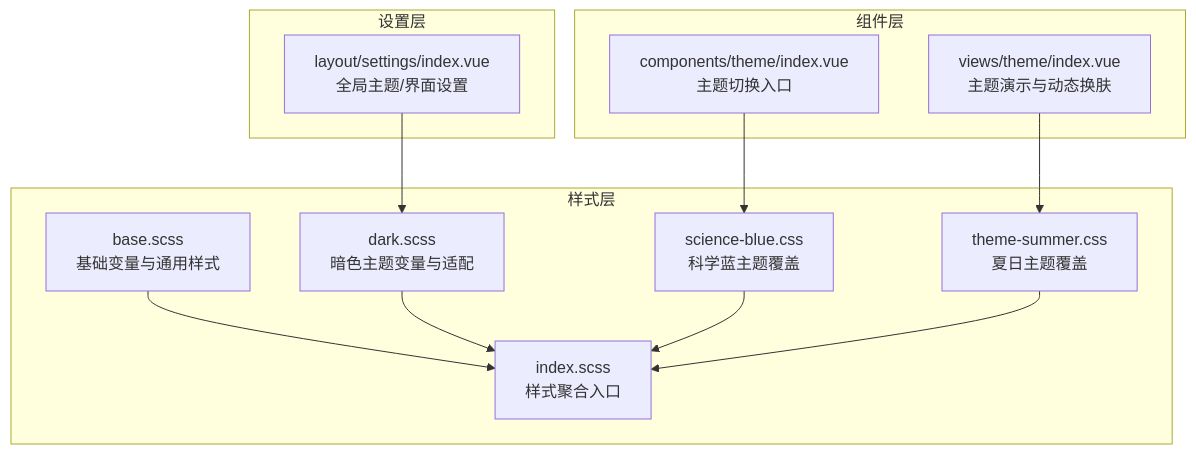
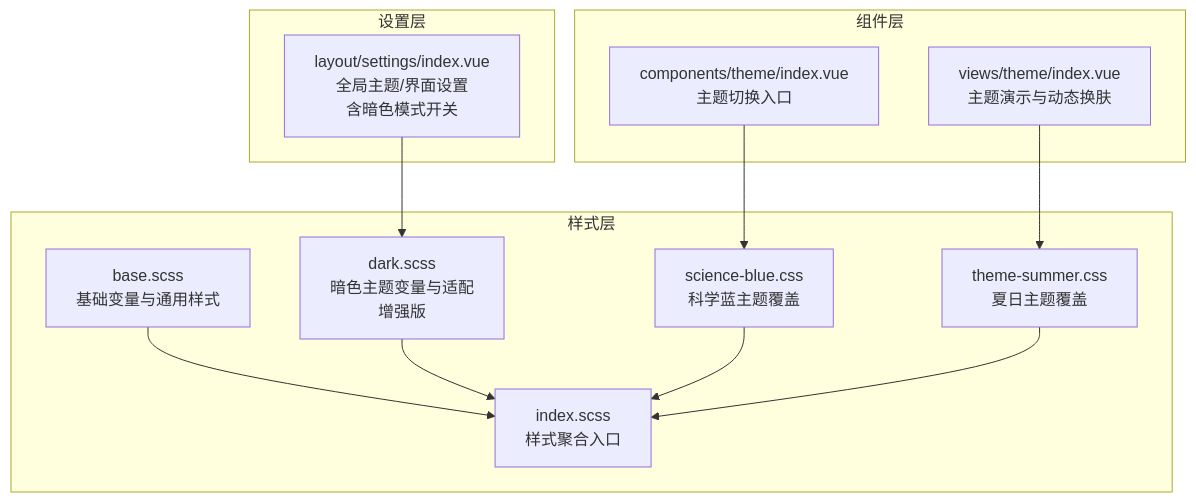
One commit to Neveryu/vue-cms changed the first of 7 diagrams in .qoder/repowiki/zh/content/主题定制.md. Above: the diagram before and after it, drawn with Mermaid. The commit also changed other lines of this file and 8 other files, not shown here.

````diff
--- a/.qoder/repowiki/zh/content/主题定制.md
+++ b/.qoder/repowiki/zh/content/主题定制.md
@@ -43,24 +53,24 @@
 ```mermaid
 graph TB
 subgraph "样式层"
 A["base.scss<br/>基础变量与通用样式"]
-B["dark.scss<br/>暗色主题变量与适配"]
+B["dark.scss<br/>暗色主题变量与适配<br/>增强版"]
 C["index.scss<br/>样式聚合入口"]
 D["science-blue.css<br/>科学蓝主题覆盖"]
 E["theme-summer.css<br/>夏日主题覆盖"]
 end
 subgraph "组件层"
 F["components/theme/index.vue<br/>主题切换入口"]
 G["views/theme/index.vue<br/>主题演示与动态换肤"]
 end
 subgraph "设置层"
-H["layout/settings/index.vue<br/>全局主题/界面设置"]
+H["layout/settings/index.vue<br/>全局主题/界面设置<br/>含暗色模式开关"]
 end
 A --> C
 B --> C
 D --> C
 E --> C
 F --> D
 G --> E
 H --> B
 ```
````
